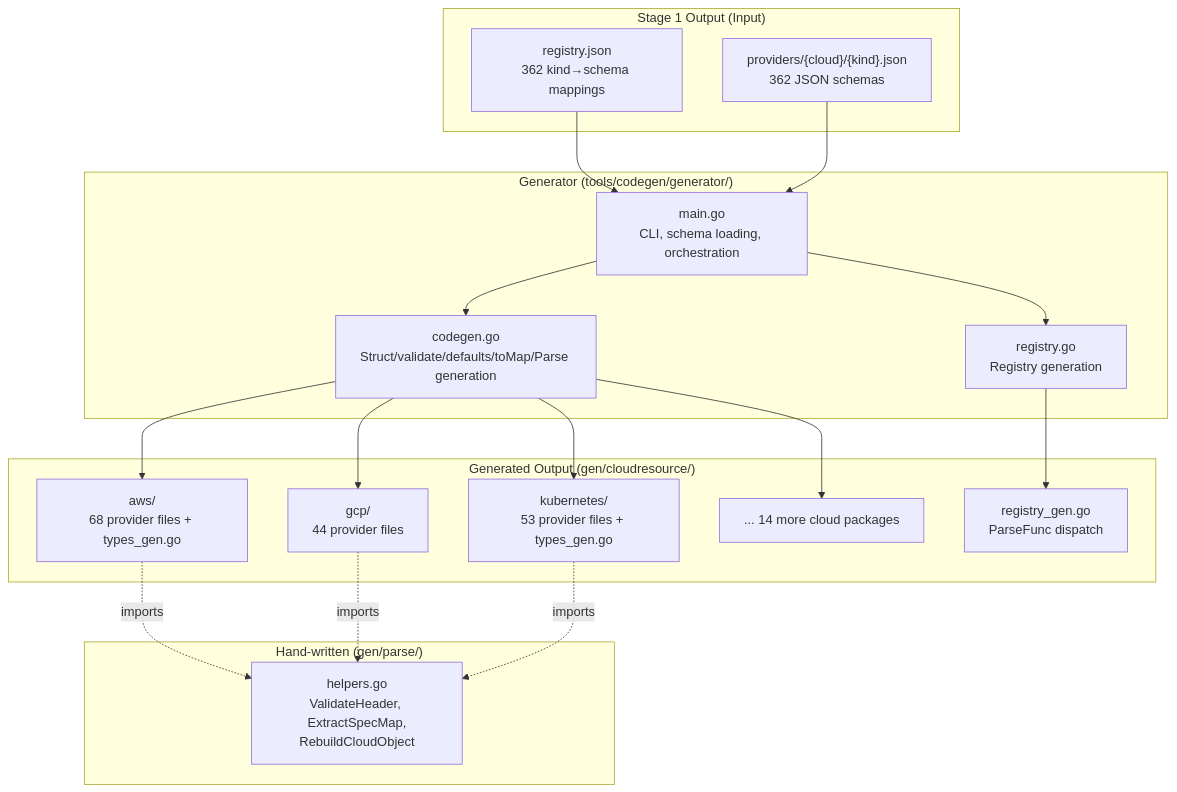
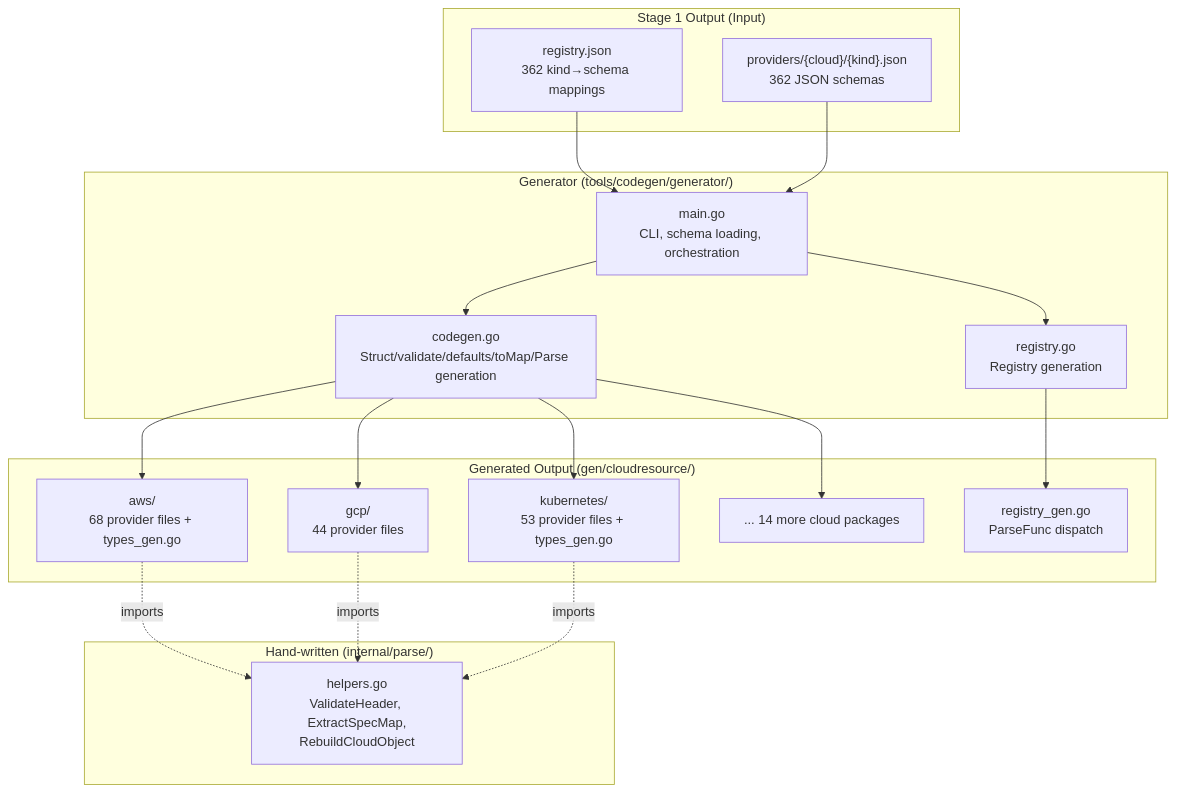
Before and after one commit to plantonhq/mcp-server-planton: the first of 2 diagrams in _changelog/2026-02/2026-02-26-215408-phase2-stage2-schema2go-generator.md, drawn with Mermaid. The commit also changed other lines of this file and 370 other files, not shown here.

First line of the commit message:
refactor(tools): move parse helpers from gen/ to internal/parse/

````diff
--- a/_changelog/2026-02/2026-02-26-215408-phase2-stage2-schema2go-generator.md
+++ b/_changelog/2026-02/2026-02-26-215408-phase2-stage2-schema2go-generator.md
@@ -32,38 +32,38 @@
 ```mermaid
 flowchart TB
     subgraph "Stage 1 Output (Input)"
         R["registry.json<br/>362 kind→schema mappings"]
         S["providers/{cloud}/{kind}.json<br/>362 JSON schemas"]
     end
 
     subgraph "Generator (tools/codegen/generator/)"
         M["main.go<br/>CLI, schema loading, orchestration"]
         C["codegen.go<br/>Struct/validate/defaults/toMap/Parse generation"]
         RG["registry.go<br/>Registry generation"]
     end
 
     subgraph "Generated Output (gen/cloudresource/)"
         AWS["aws/<br/>68 provider files + types_gen.go"]
         GCP["gcp/<br/>44 provider files"]
         K8S["kubernetes/<br/>53 provider files + types_gen.go"]
         ETC["... 14 more cloud packages"]
         REG["registry_gen.go<br/>ParseFunc dispatch"]
     end
 
-    subgraph "Hand-written (gen/parse/)"
+    subgraph "Hand-written (internal/parse/)"
         H["helpers.go<br/>ValidateHeader, ExtractSpecMap,<br/>RebuildCloudObject"]
     end
 
     R --> M
     S --> M
     M --> C
     M --> RG
     C --> AWS
     C --> GCP
     C --> K8S
     C --> ETC
     RG --> REG
     AWS -.->|imports| H
     GCP -.->|imports| H
     K8S -.->|imports| H
 ```
````
